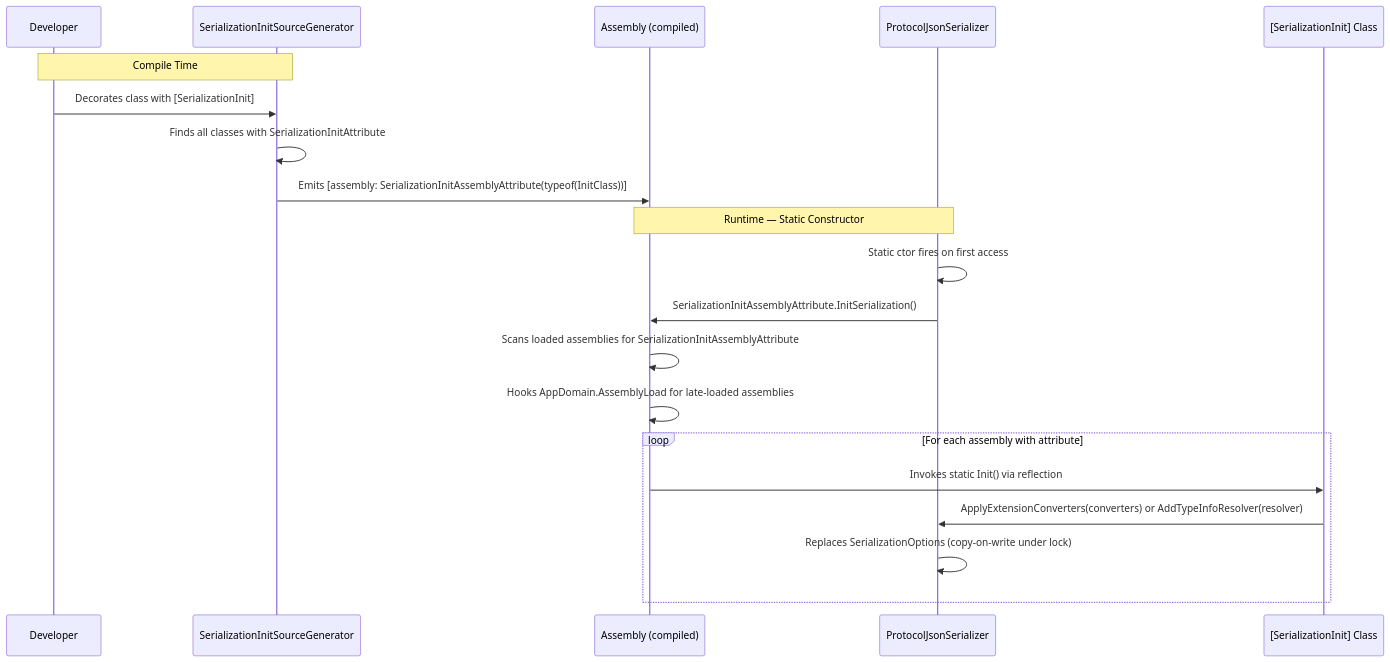
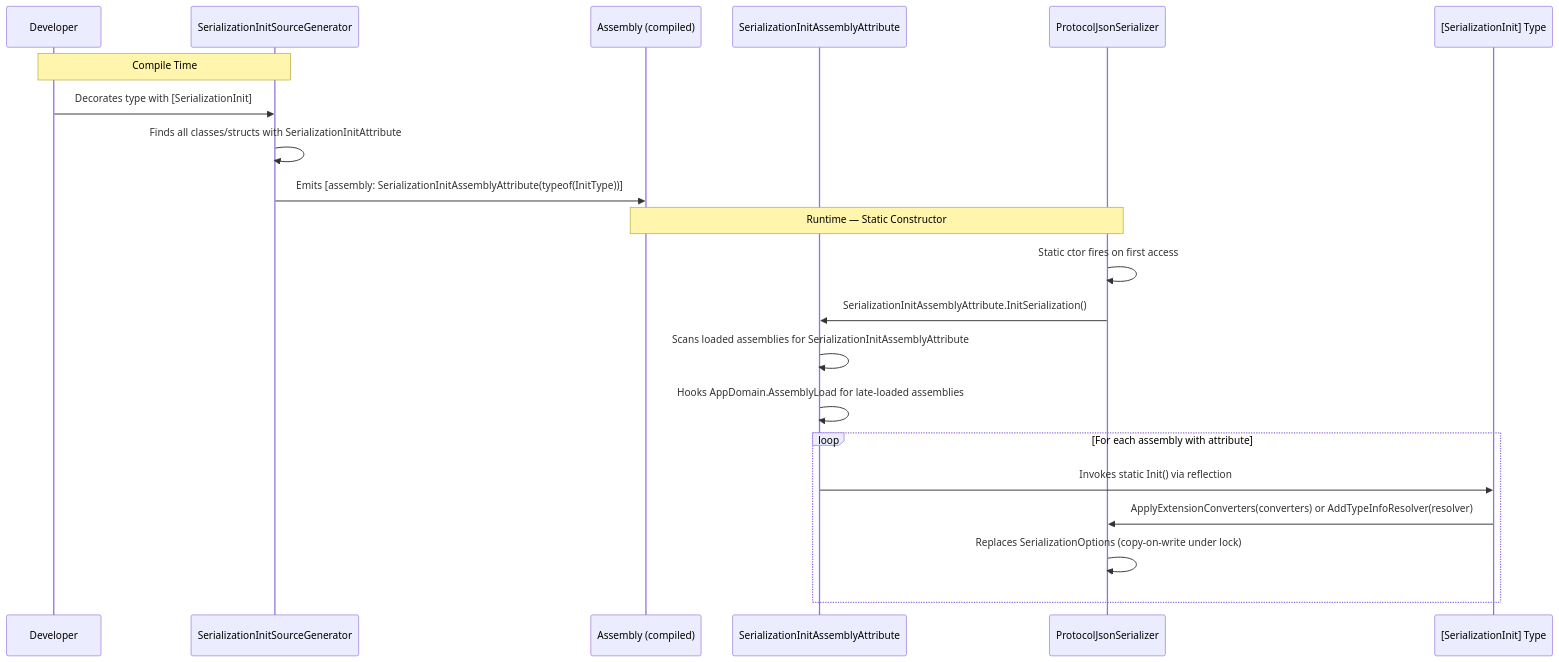
One commit to microsoft/Agents-for-net changed the first of 3 diagrams in docs/serialization-extension-sequence-diagram.md. Above: the diagram before and after it, drawn with Mermaid. The commit also changed other lines of this file and 6 other files, not shown here.

Commit message:
docs: fix sequence diagram drift (closes #920)

````diff
--- a/docs/serialization-extension-sequence-diagram.md
+++ b/docs/serialization-extension-sequence-diagram.md
@@ -21,24 +21,25 @@
 ```mermaid
 sequenceDiagram
     participant Dev as Developer
     participant SG as SerializationInitSourceGenerator
     participant Asm as Assembly (compiled)
+    participant SIA as SerializationInitAssemblyAttribute
     participant PJS as ProtocolJsonSerializer
-    participant InitClass as [SerializationInit] Class
+    participant InitType as [SerializationInit] Type
 
     Note over Dev,SG: Compile Time
-    Dev->>SG: Decorates class with [SerializationInit]
-    SG->>SG: Finds all classes with SerializationInitAttribute
-    SG->>Asm: Emits [assembly: SerializationInitAssemblyAttribute(typeof(InitClass))]
+    Dev->>SG: Decorates type with [SerializationInit]
+    SG->>SG: Finds all classes/structs with SerializationInitAttribute
+    SG->>Asm: Emits [assembly: SerializationInitAssemblyAttribute(typeof(InitType))]
 
     Note over Asm,PJS: Runtime — Static Constructor
     PJS->>PJS: Static ctor fires on first access
-    PJS->>Asm: SerializationInitAssemblyAttribute.InitSerialization()
-    Asm->>Asm: Scans loaded assemblies for SerializationInitAssemblyAttribute
-    Asm->>Asm: Hooks AppDomain.AssemblyLoad for late-loaded assemblies
+    PJS->>SIA: SerializationInitAssemblyAttribute.InitSerialization()
+    SIA->>SIA: Scans loaded assemblies for SerializationInitAssemblyAttribute
+    SIA->>SIA: Hooks AppDomain.AssemblyLoad for late-loaded assemblies
     loop For each assembly with attribute
-        Asm->>InitClass: Invokes static Init() via reflection
-        InitClass->>PJS: ApplyExtensionConverters(converters) or AddTypeInfoResolver(resolver)
+        SIA->>InitType: Invokes static Init() via reflection
+        InitType->>PJS: ApplyExtensionConverters(converters) or AddTypeInfoResolver(resolver)
         PJS->>PJS: Replaces SerializationOptions (copy-on-write under lock)
     end
 ```
````
